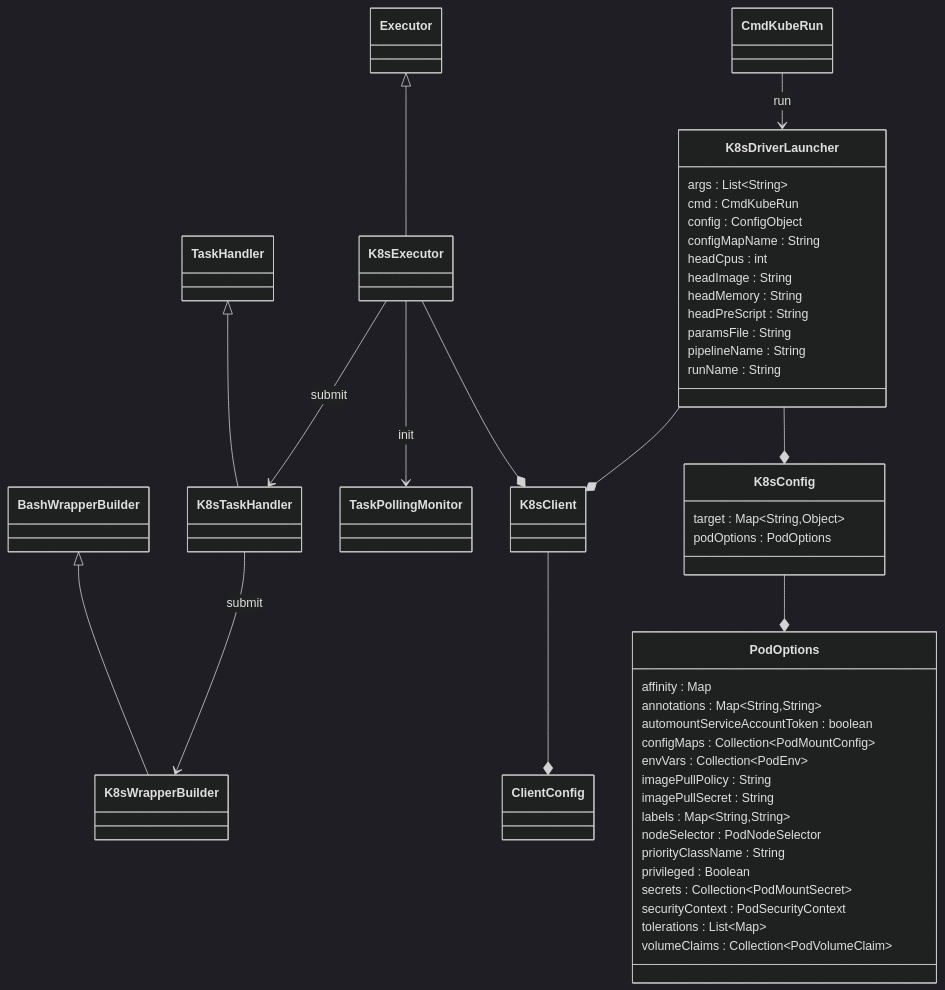
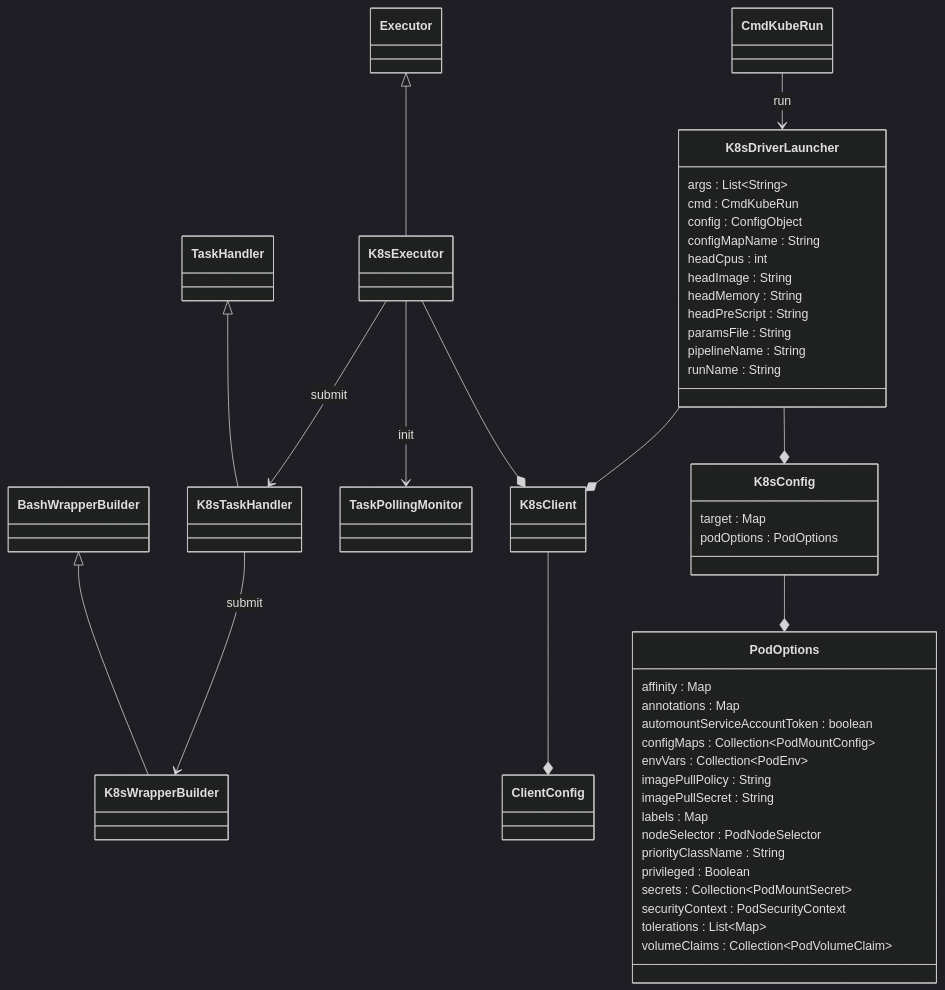
The diagram in docs/developer/diagrams/nextflow.k8s.mmd (nextflow-io/nextflow), drawn with Mermaid (dark theme) before and after one commit. The commit also changed 25 other files, not shown here.

```diff
--- a/docs/developer/diagrams/nextflow.k8s.mmd
+++ b/docs/developer/diagrams/nextflow.k8s.mmd
@@ -1,57 +1,57 @@
 classDiagram
     %%
     %% nextflow.k8s
     %%
     Executor <|-- K8sExecutor
     TaskHandler <|-- K8sTaskHandler
     BashWrapperBuilder <|-- K8sWrapperBuilder
 
     K8sExecutor --> TaskPollingMonitor : init
     K8sExecutor --> K8sTaskHandler : submit
     K8sExecutor --* K8sClient
     K8sTaskHandler --> K8sWrapperBuilder : submit
 
     CmdKubeRun --> K8sDriverLauncher : run
 
     class K8sDriverLauncher {
         args : List~String~
         cmd : CmdKubeRun
         config : ConfigObject
         configMapName : String
         headCpus : int
         headImage : String
         headMemory : String
         headPreScript : String
         paramsFile : String
         pipelineName : String
         runName : String
     }
     K8sDriverLauncher --* K8sClient
     K8sDriverLauncher --* K8sConfig
 
     K8sClient --* ClientConfig
     %% ConfigDiscovery --> ClientConfig : discover
 
     class K8sConfig {
-        target : Map~String,Object~
+        target : Map
         podOptions : PodOptions
     }
     K8sConfig --* PodOptions
 
     class PodOptions {
         affinity : Map
-        annotations : Map~String,String~
+        annotations : Map
         automountServiceAccountToken : boolean
         configMaps : Collection~PodMountConfig~
         envVars : Collection~PodEnv~
         imagePullPolicy : String
         imagePullSecret : String
-        labels : Map~String,String~
+        labels : Map
         nodeSelector : PodNodeSelector
         priorityClassName : String
         privileged : Boolean
         secrets : Collection~PodMountSecret~
         securityContext : PodSecurityContext
         tolerations : List~Map~
         volumeClaims : Collection~PodVolumeClaim~
     }
```
